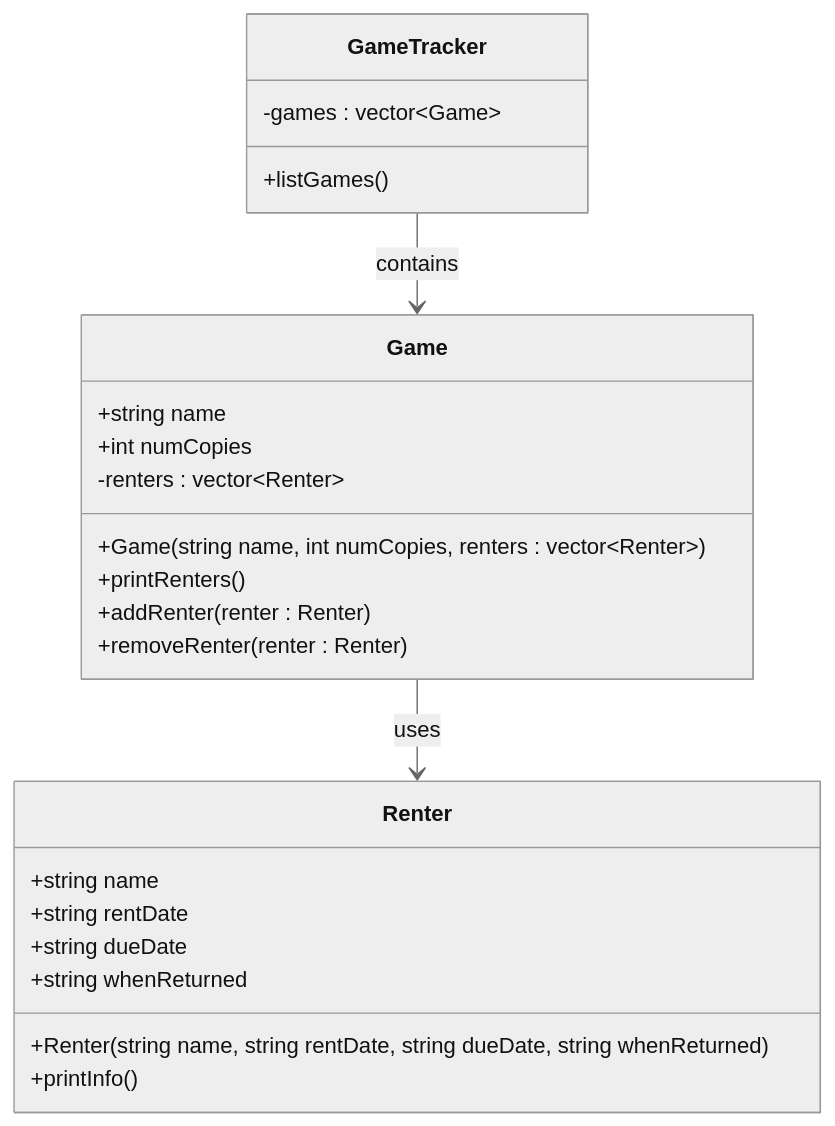
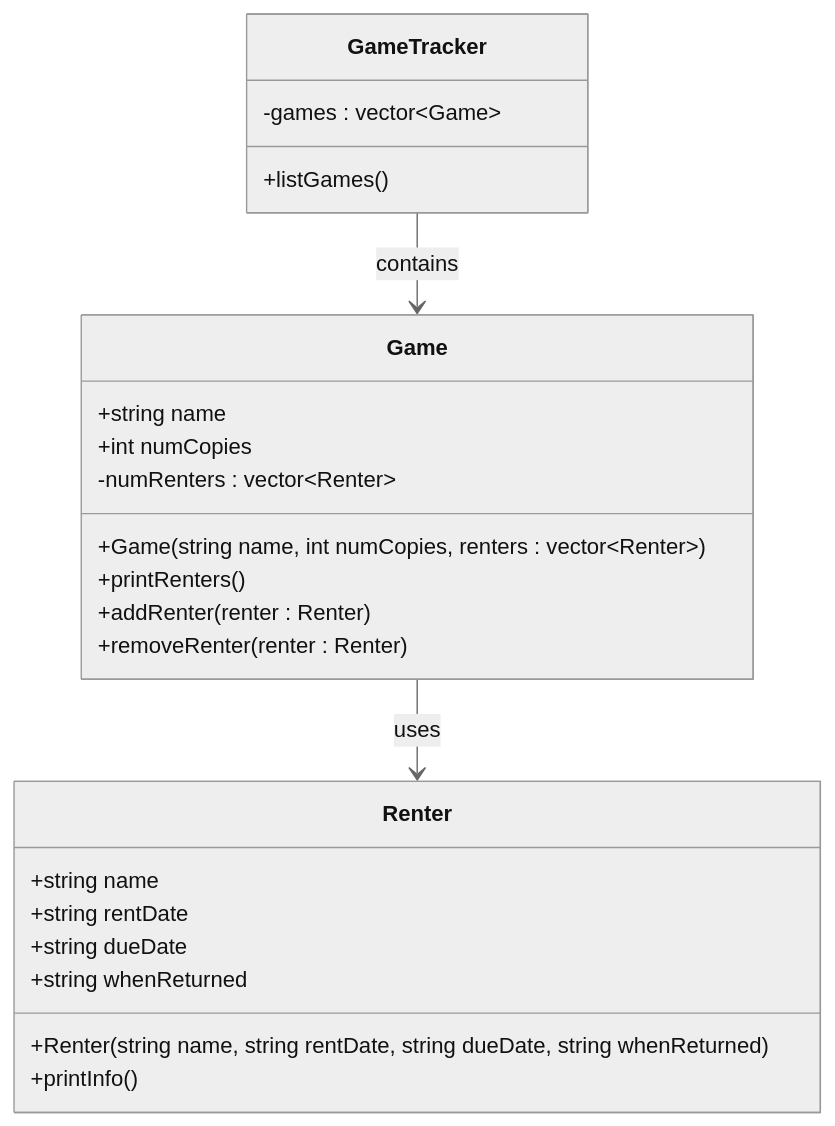
One commit to IsaacFredricks/cpsc2376-fredricks changed the diagram in practice/practice11/design.md. Above: the diagram before and after it, drawn with Mermaid (neutral theme). The commit also changed other lines of this file, not shown here.

````diff
--- a/practice/practice11/design.md
+++ b/practice/practice11/design.md
@@ -45,33 +47,33 @@
 ```mermaid
 classDiagram
     class GameTracker {
         -games : vector~Game~
 
         +listGames()
     }
 
     class Game {
         +string name
         +int numCopies
-        -renters : vector~Renter~
+        -numRenters : vector~Renter~
 
         +Game(string name, int numCopies, renters : vector~Renter~)
         +printRenters()
         +addRenter(renter : Renter)
         +removeRenter(renter : Renter)
     }
 
     class Renter{
         +string name
         +string rentDate
         +string dueDate
         +string whenReturned
 
 
         +Renter(string name, string rentDate, string dueDate, string whenReturned)
         +printInfo()
     }
 
 GameTracker --> Game : contains
 Game --> Renter : uses
 ```
````
